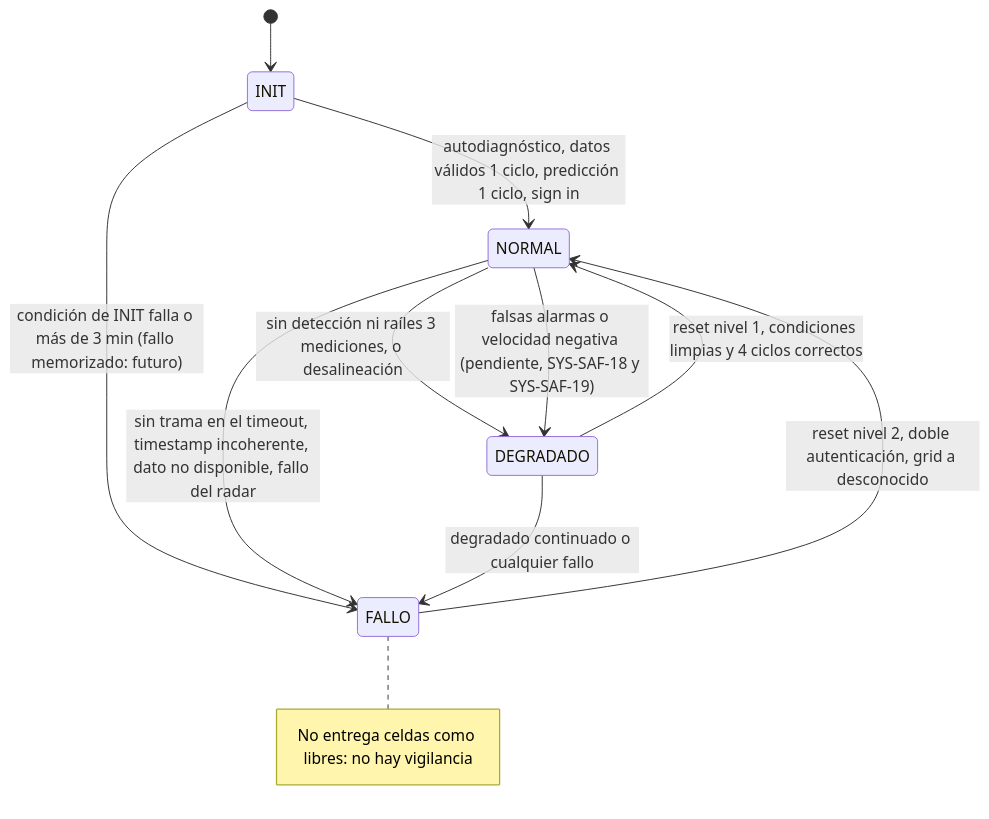
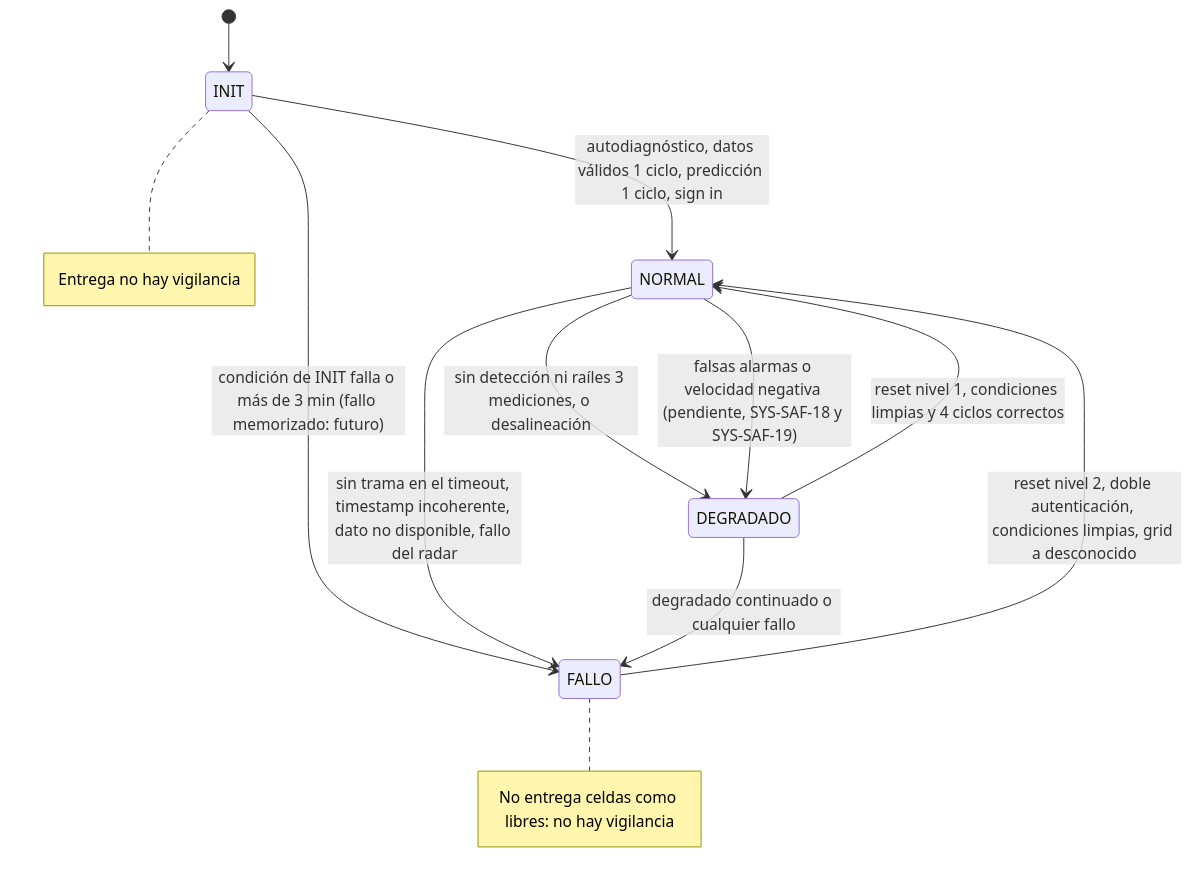
One commit to buzondealiciagarcia-cmyk/prueba-tecnica-saf changed the diagram in docs/02-diseno/diagramas/estados.mmd. Above: the diagram before and after it, drawn with Mermaid. The commit also changed 5 other files, not shown here.

```diff
--- a/docs/02-diseno/diagramas/estados.mmd
+++ b/docs/02-diseno/diagramas/estados.mmd
@@ -1,13 +1,16 @@
 stateDiagram-v2
   [*] --> INIT
   INIT --> NORMAL: autodiagnóstico, datos válidos 1 ciclo, predicción 1 ciclo, sign in
   INIT --> FALLO: condición de INIT falla o más de 3 min (fallo memorizado: futuro)
   NORMAL --> DEGRADADO: sin detección ni raíles 3 mediciones, o desalineación
   NORMAL --> FALLO: sin trama en el timeout, timestamp incoherente, dato no disponible, fallo del radar
   NORMAL --> DEGRADADO: falsas alarmas o velocidad negativa (pendiente, SYS-SAF-18 y SYS-SAF-19)
   DEGRADADO --> NORMAL: reset nivel 1, condiciones limpias y 4 ciclos correctos
   DEGRADADO --> FALLO: degradado continuado o cualquier fallo
-  FALLO --> NORMAL: reset nivel 2, doble autenticación, grid a desconocido
+  FALLO --> NORMAL: reset nivel 2, doble autenticación, condiciones limpias, grid a desconocido
+  note right of INIT
+    Entrega no hay vigilancia
+  end note
   note right of FALLO
     No entrega celdas como libres: no hay vigilancia
   end note
```
